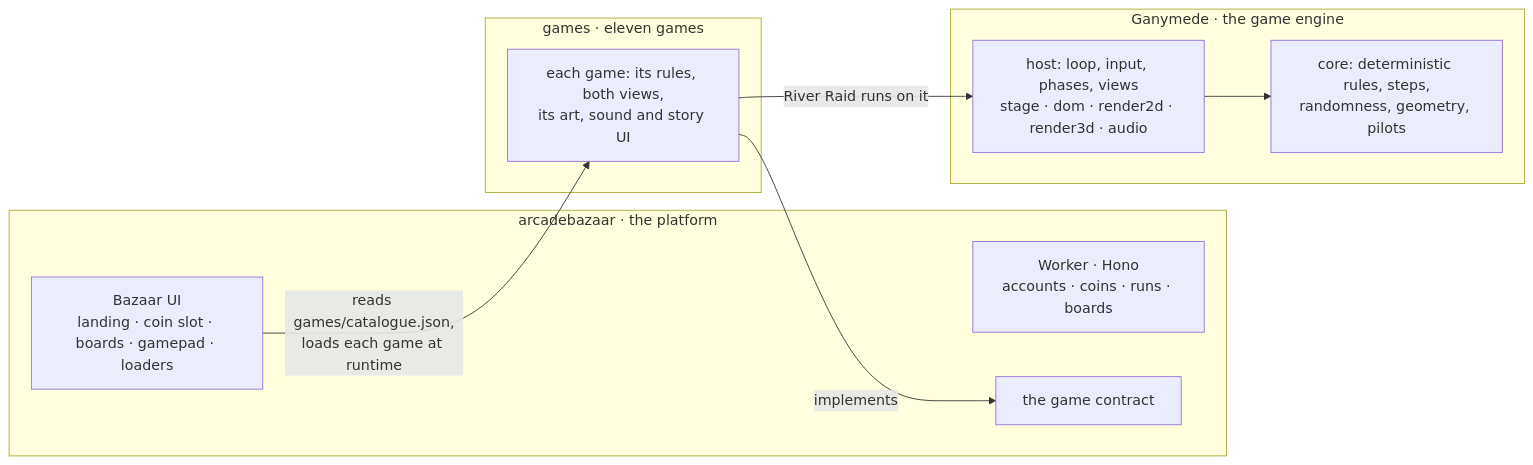
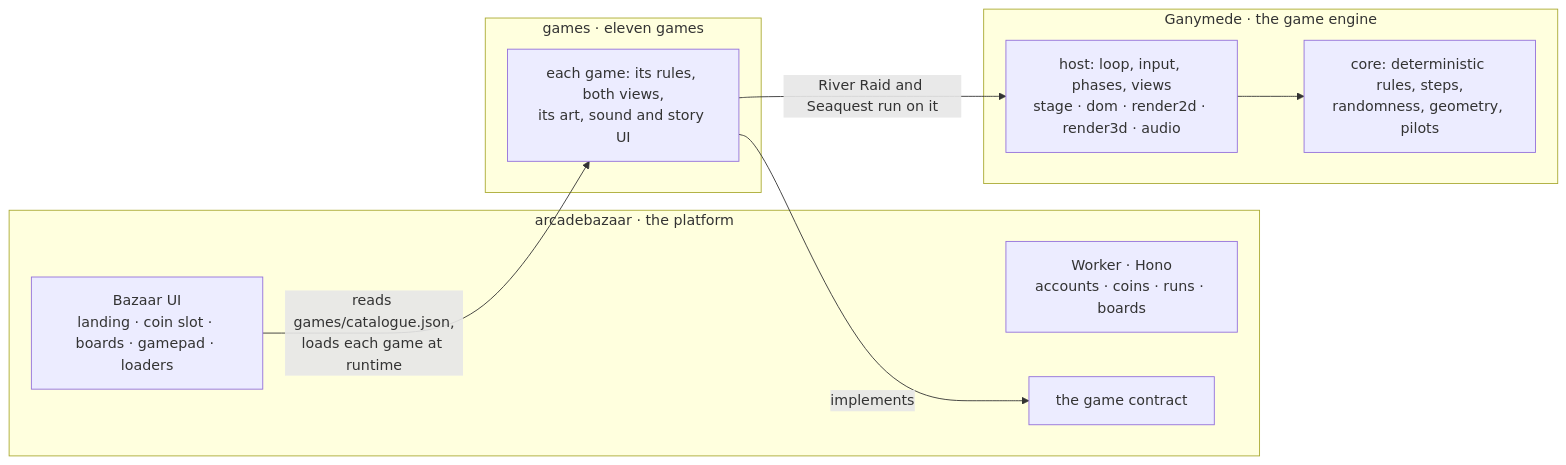
Before and after one commit to GoPlausible/colosseum-cryptofair-hackathon: the first of 2 diagrams in README.md, drawn with Mermaid. The commit also changed other lines of this file, not shown here.

````diff
--- a/README.md
+++ b/README.md
@@ -138,19 +138,19 @@
 ```mermaid
 flowchart LR
   subgraph AB["arcadebazaar · the platform"]
     UI["Bazaar UI<br/>landing · coin slot · boards · gamepad · loaders"]
     API["Worker · Hono<br/>accounts · coins · runs · boards"]
     C["the game contract"]
   end
   subgraph G["games · eleven games"]
     GM["each game: its rules, both views,<br/>its art, sound and story UI"]
   end
   subgraph E["Ganymede · the game engine"]
     HOST["host: loop, input, phases, views<br/>stage · dom · render2d · render3d · audio"]
     CORE["core: deterministic rules, steps,<br/>randomness, geometry, pilots"]
   end
   UI -- "reads games/catalogue.json,<br/>loads each game at runtime" --> GM
   GM -- implements --> C
-  GM -- "River Raid runs on it" --> HOST
+  GM -- "River Raid and Seaquest run on it" --> HOST
   HOST --> CORE
 ```
````
